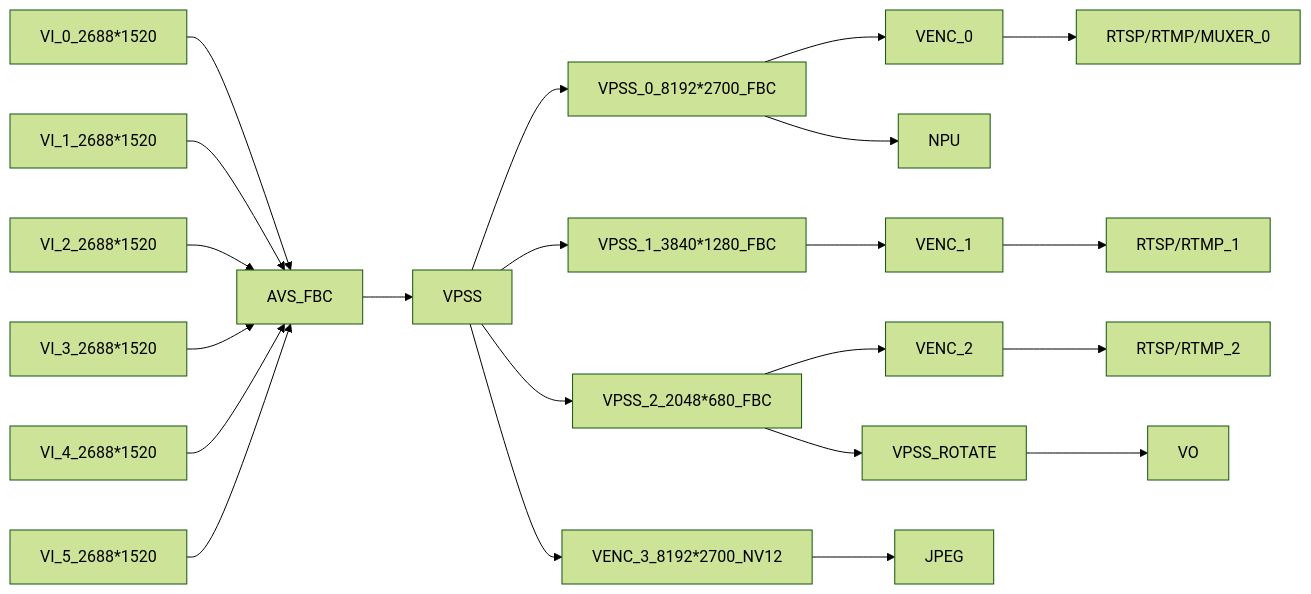
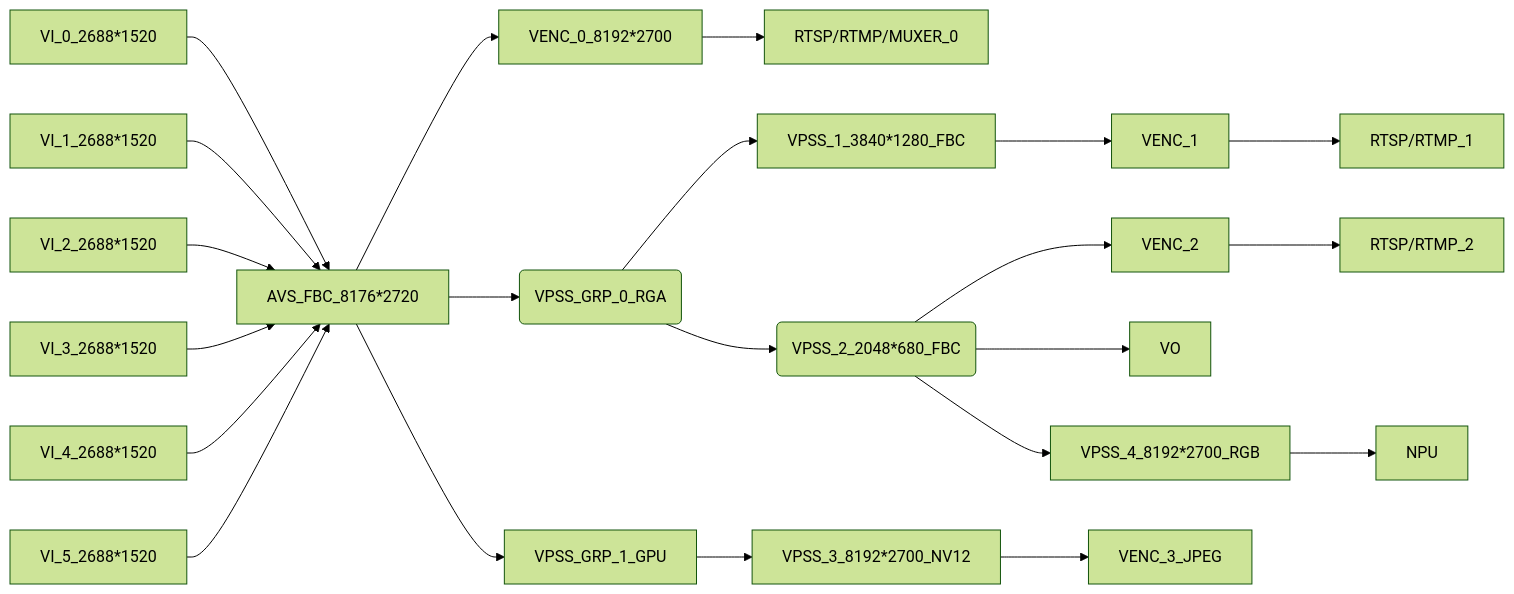
The third of 6 diagrams in Rockchip_Developer_Guide_Linux_RKIPC_CN.md (khadas/app_rkipc), drawn with Mermaid (forest theme) before and after one commit. The commit also changed other lines of this file and 5 other files, not shown here.

````diff
--- a/Rockchip_Developer_Guide_Linux_RKIPC_CN.md
+++ b/Rockchip_Developer_Guide_Linux_RKIPC_CN.md
@@ -113,15 +113,17 @@
 ```mermaid
 graph LR
-	VI_0[VI_0_2688*1520]-->AVS[AVS_FBC]
+	VI_0[VI_0_2688*1520]-->AVS[AVS_FBC_8176*2720]
 	VI_1[VI_1_2688*1520]-->AVS
 	VI_2[VI_2_2688*1520]-->AVS
 	VI_3[VI_3_2688*1520]-->AVS
 	VI_4[VI_4_2688*1520]-->AVS
 	VI_5[VI_5_2688*1520]-->AVS
-	AVS-->VPSS-->VPSS_0_8192*2700_FBC-->VENC_0-->RTSP/RTMP/MUXER_0
-	VPSS_0_8192*2700_FBC-->NPU
-	VPSS-->VPSS_1_3840*1280_FBC-->VENC_1-->RTSP/RTMP_1
-	VPSS-->VPSS_2_2048*680_FBC-->VENC_2-->RTSP/RTMP_2
-	VPSS_2_2048*680_FBC-->VPSS_ROTATE-->VO
-	VPSS-->VENC_3_8192*2700_NV12-->JPEG
+	AVS-->VPSS_GRP_0(VPSS_GRP_0_RGA)
+	AVS-->VENC_0_8192*2700-->RTSP/RTMP/MUXER_0
+	AVS-->VPSS_GRP_1_GPU
+	VPSS_GRP_0-->VPSS_1_3840*1280_FBC-->VENC_1-->RTSP/RTMP_1
+	VPSS_GRP_0-->VPSS_2(VPSS_2_2048*680_FBC)-->VENC_2-->RTSP/RTMP_2
+	VPSS_2-->VO
+	VPSS_2-->VPSS_4_8192*2700_RGB-->NPU
+	VPSS_GRP_1_GPU-->VPSS_3_8192*2700_NV12-->VENC_3_JPEG
 ```
````
